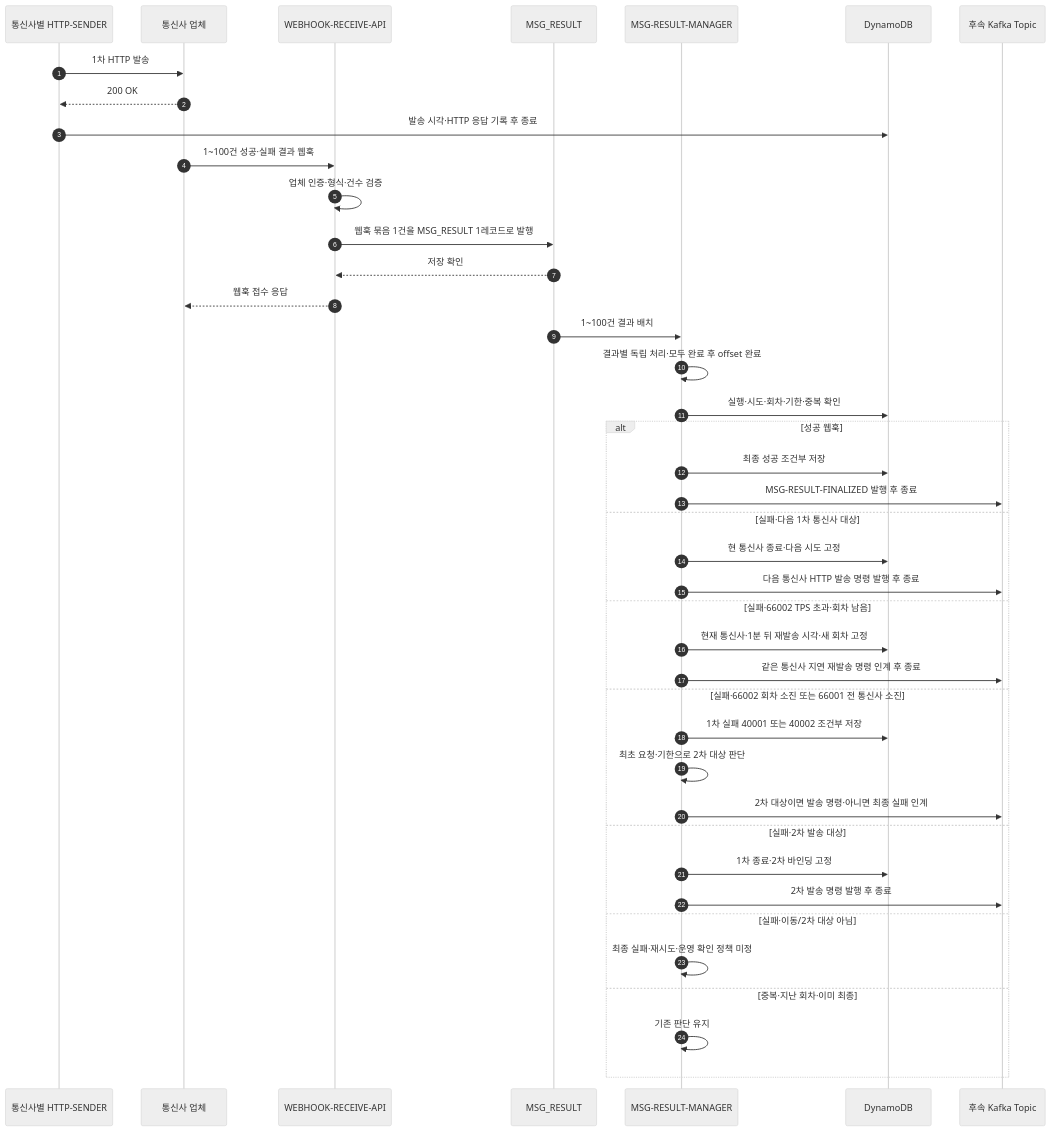
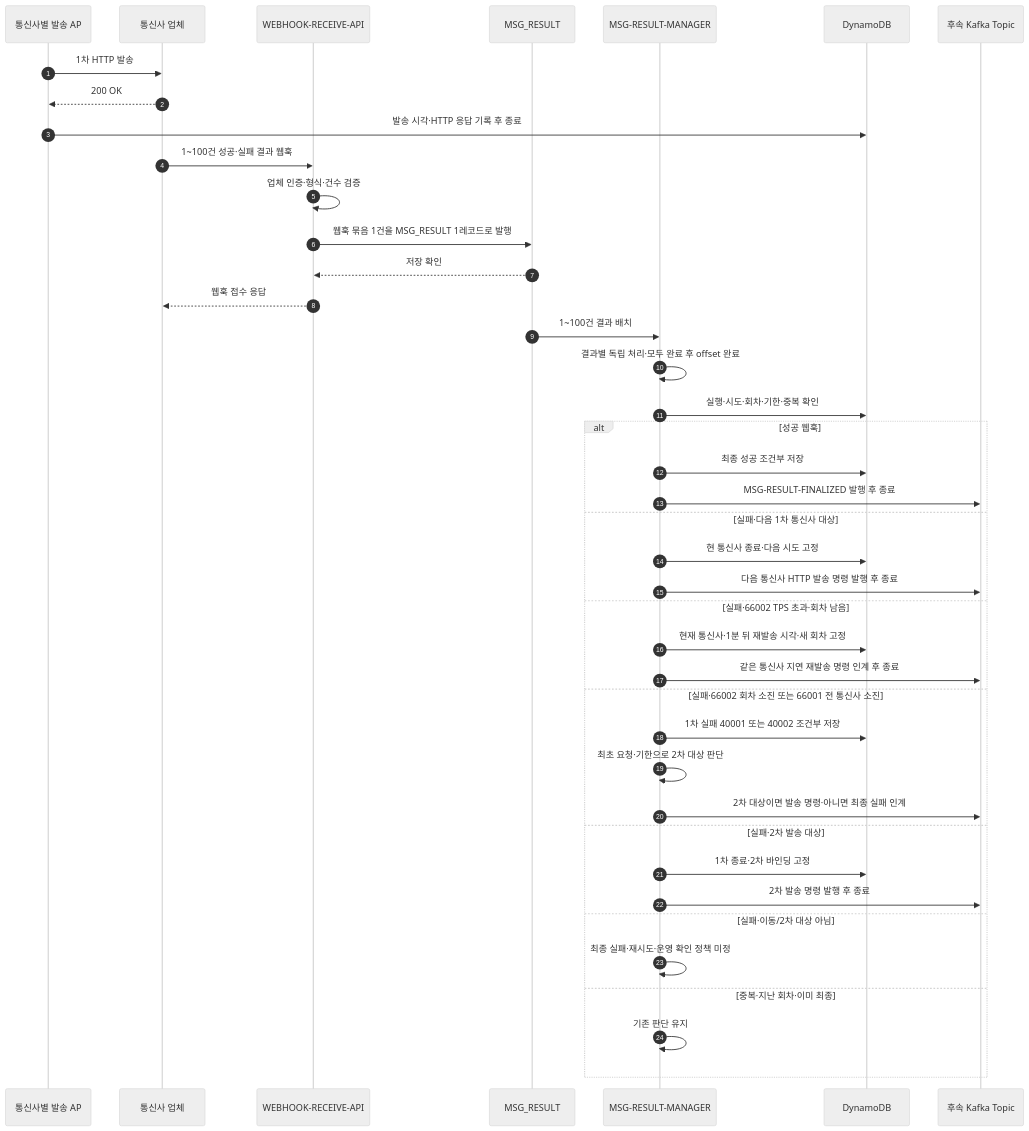
The seventh of 10 diagrams in docs/53-신규-메시지-케이스별-Call-Flow.md (hyun-seung/High-throughput-event-platform), drawn with Mermaid (neutral theme) before and after one commit. The commit also changed other lines of this file and 6 other files, not shown here.

````diff
--- a/docs/53-신규-메시지-케이스별-Call-Flow.md
+++ b/docs/53-신규-메시지-케이스별-Call-Flow.md
@@ -195,43 +210,43 @@
 ```mermaid
 sequenceDiagram
     autonumber
-    participant S as 통신사별 HTTP-SENDER
+    participant S as 통신사별 발송 AP
     participant P as 통신사 업체
     participant W as WEBHOOK-RECEIVE-API
     participant K as MSG_RESULT
     participant M as MSG-RESULT-MANAGER
     participant D as DynamoDB
     participant T as 후속 Kafka Topic
     S->>P: 1차 HTTP 발송
     P-->>S: 200 OK
     S->>D: 발송 시각·HTTP 응답 기록 후 종료
     P->>W: 1~100건 성공·실패 결과 웹훅
     W->>W: 업체 인증·형식·건수 검증
     W->>K: 웹훅 묶음 1건을 MSG_RESULT 1레코드로 발행
     K-->>W: 저장 확인
     W-->>P: 웹훅 접수 응답
     K->>M: 1~100건 결과 배치
     M->>M: 결과별 독립 처리·모두 완료 후 offset 완료
     M->>D: 실행·시도·회차·기한·중복 확인
     alt 성공 웹훅
         M->>D: 최종 성공 조건부 저장
         M->>T: MSG-RESULT-FINALIZED 발행 후 종료
     else 실패·다음 1차 통신사 대상
         M->>D: 현 통신사 종료·다음 시도 고정
         M->>T: 다음 통신사 HTTP 발송 명령 발행 후 종료
     else 실패·66002 TPS 초과·회차 남음
         M->>D: 현재 통신사·1분 뒤 재발송 시각·새 회차 고정
         M->>T: 같은 통신사 지연 재발송 명령 인계 후 종료
     else 실패·66002 회차 소진 또는 66001 전 통신사 소진
         M->>D: 1차 실패 40001 또는 40002 조건부 저장
         M->>M: 최초 요청·기한으로 2차 대상 판단
         M->>T: 2차 대상이면 발송 명령·아니면 최종 실패 인계
     else 실패·2차 발송 대상
         M->>D: 1차 종료·2차 바인딩 고정
         M->>T: 2차 발송 명령 발행 후 종료
     else 실패·이동/2차 대상 아님
         M->>M: 최종 실패·재시도·운영 확인 정책 미정
     else 중복·지난 회차·이미 최종
         M->>M: 기존 판단 유지
     end
 ```
````
